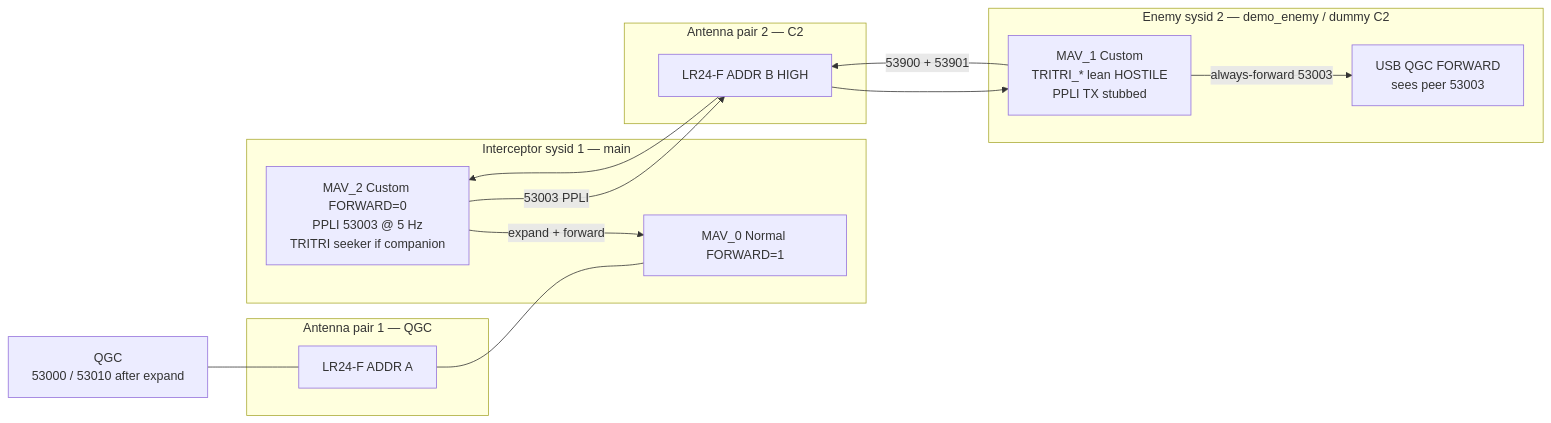
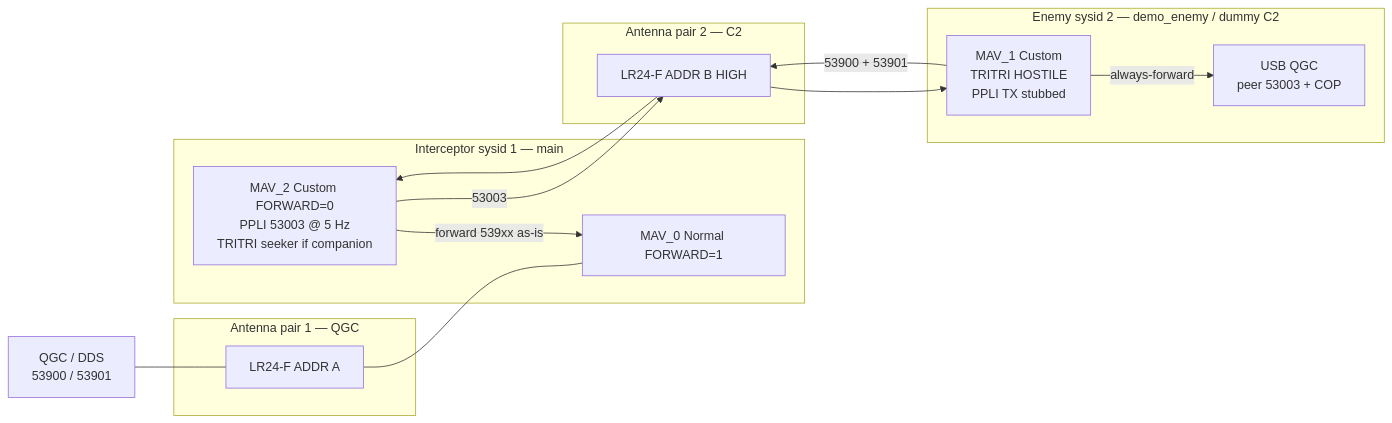
The diagram in interceptor_mavlink_m_example.md (TheLukaDragar/PX4-Autopilot), drawn with Mermaid before and after one commit. The commit also changed other lines of this file and 11 other files, not shown here.

First line of the commit message:
feat(mavlink): TRITRI end-to-end as single live COP type

````diff
--- a/interceptor_mavlink_m_example.md
+++ b/interceptor_mavlink_m_example.md
@@ -25,28 +27,28 @@
 ```mermaid
 flowchart LR
-  QGC["QGC<br/>53000 / 53010 after expand"]
+  QGC["QGC / DDS<br/>53900 / 53901"]
 
   subgraph qgcPair["Antenna pair 1 — QGC"]
     RQ["LR24-F ADDR A"]
   end
 
   subgraph icept["Interceptor sysid 1 — main"]
     I0["MAV_0 Normal FORWARD=1"]
     I2["MAV_2 Custom FORWARD=0<br/>PPLI 53003 @ 5 Hz<br/>TRITRI seeker if companion"]
   end
 
   subgraph c2Pair["Antenna pair 2 — C2"]
     RC["LR24-F ADDR B HIGH"]
   end
 
   subgraph enemy["Enemy sysid 2 — demo_enemy / dummy C2"]
-    E1["MAV_1 Custom<br/>TRITRI_* lean HOSTILE<br/>PPLI TX stubbed"]
-    EU["USB QGC FORWARD<br/>sees peer 53003"]
+    E1["MAV_1 Custom<br/>TRITRI HOSTILE<br/>PPLI TX stubbed"]
+    EU["USB QGC<br/>peer 53003 + COP"]
   end
 
   QGC --- RQ --- I0
   E1 -->|"53900 + 53901"| RC --> I2
-  I2 -->|"53003 PPLI"| RC --> E1
-  I2 -->|"expand + forward"| I0
-  E1 -->|"always-forward 53003"| EU
+  I2 -->|"53003"| RC --> E1
+  I2 -->|"forward 539xx as-is"| I0
+  E1 -->|"always-forward"| EU
 ```
````
